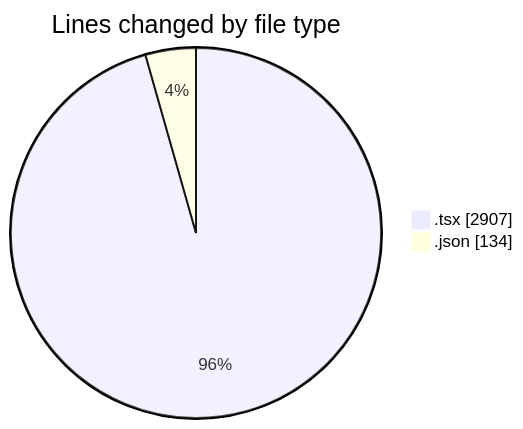
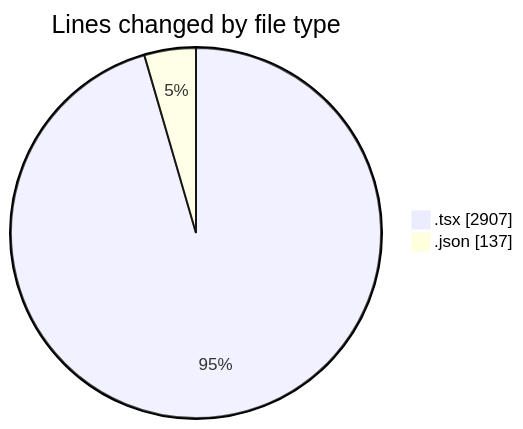
One commit to momahboobian/code-tracking changed the first of 2 diagrams in 2026-11-13/broadcaster-v6-feature/README.md. Above: the diagram before and after it, drawn with Mermaid. The commit also changed other lines of this file and 1 other file, not shown here.

````diff
--- a/2026-11-13/broadcaster-v6-feature/README.md
+++ b/2026-11-13/broadcaster-v6-feature/README.md
@@ -28,6 +28,6 @@
 ```mermaid
 pie showData
 title Lines changed by file type
 ".tsx" : 2907
-".json" : 134
+".json" : 137
 ```
````
